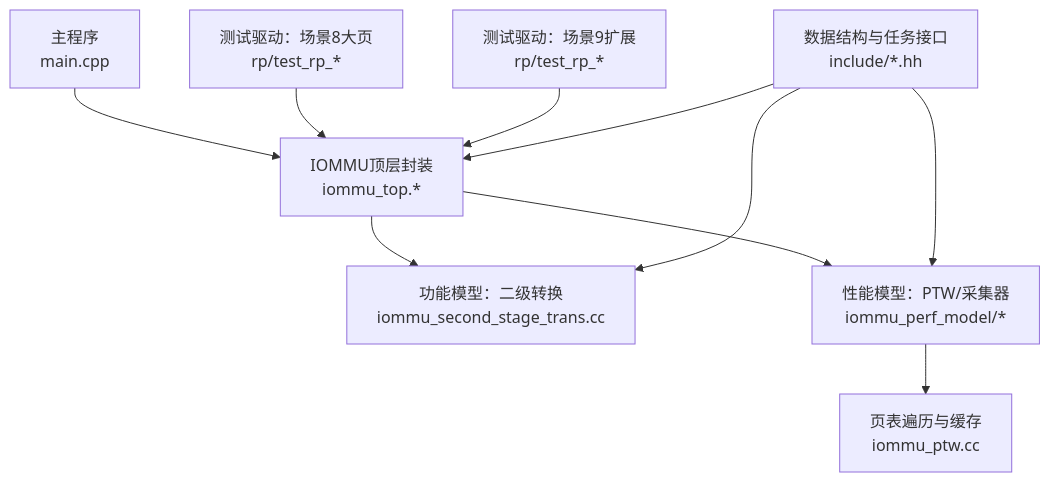
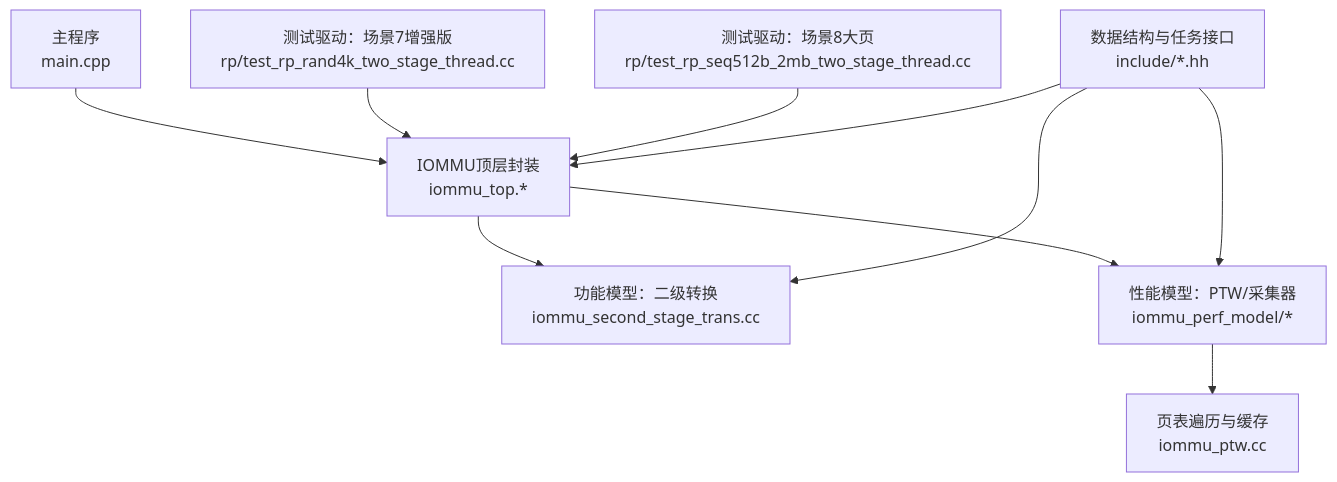
One commit to jiangjiang1122/iommu_model_20260401_v1 changed the first of 9 diagrams in .qoder/repowiki/zh/content/测试与验证/Scenario 8大页测试框架.md. Above: the diagram before and after it, drawn with Mermaid. The commit also changed other lines of this file and 159 other files, not shown here.

Commit message:
chore: 更新知识库文档 + 新增PTW并发分析图表与数据文件

````diff
--- a/.qoder/repowiki/zh/content/测试与验证/Scenario 8大页测试框架.md
+++ b/.qoder/repowiki/zh/content/测试与验证/Scenario 8大页测试框架.md
@@ -59,12 +59,12 @@
 ```mermaid
 graph TB
 A["主程序<br/>main.cpp"] --> B["IOMMU顶层封装<br/>iommu_top.*"]
 B --> C["功能模型：二级转换<br/>iommu_second_stage_trans.cc"]
 B --> D["性能模型：PTW/采集器<br/>iommu_perf_model/*"]
-E["测试驱动：场景8大页<br/>rp/test_rp_*"] --> B
-F["测试驱动：场景9扩展<br/>rp/test_rp_*"] --> B
+E["测试驱动：场景7增强版<br/>rp/test_rp_rand4k_two_stage_thread.cc"] --> B
+F["测试驱动：场景8大页<br/>rp/test_rp_seq512b_2mb_two_stage_thread.cc"] --> B
 D --> G["页表遍历与缓存<br/>iommu_ptw.cc"]
 H["数据结构与任务接口<br/>include/*.hh"] --> B
 H --> C
 H --> D
 ```
````
